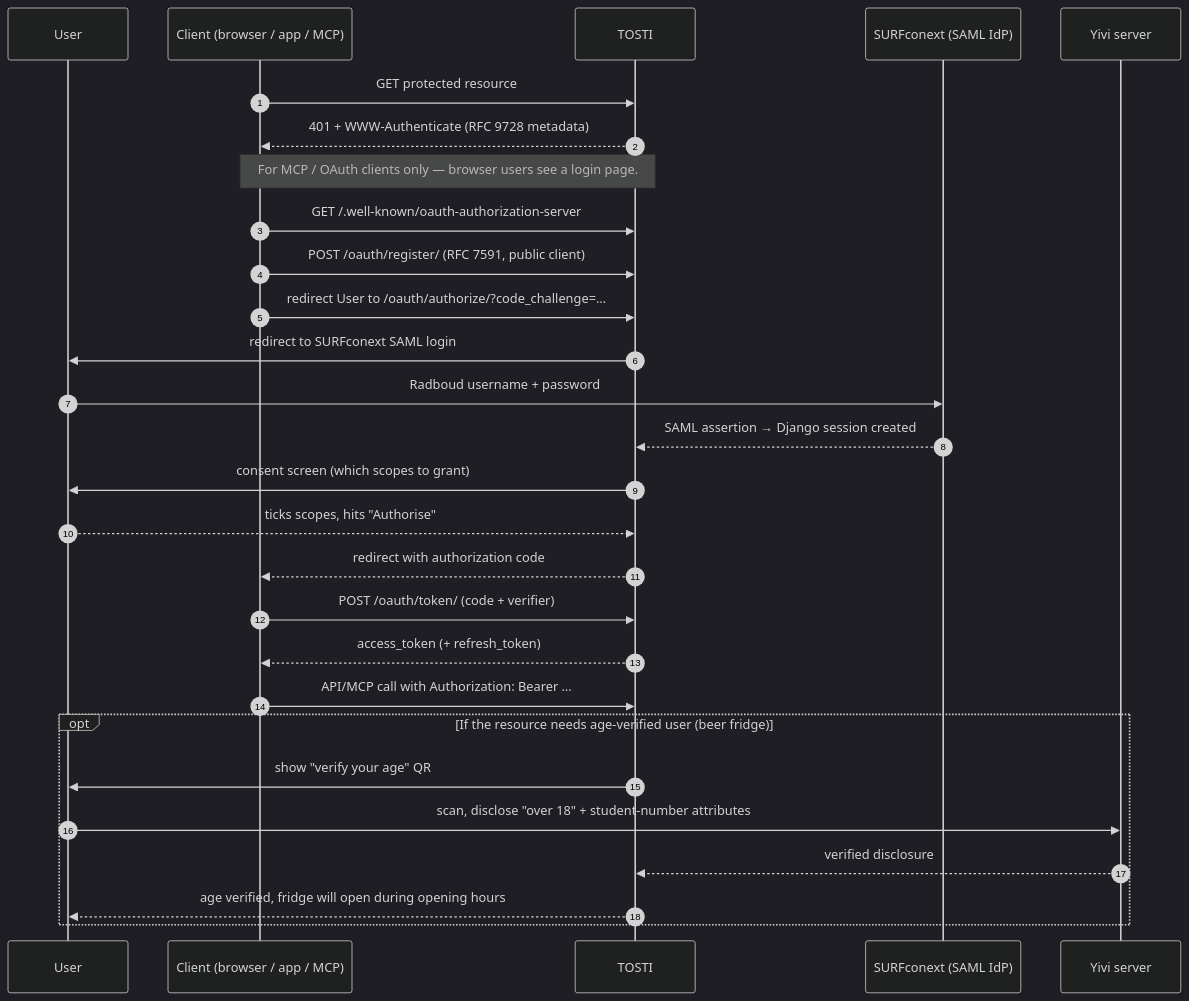
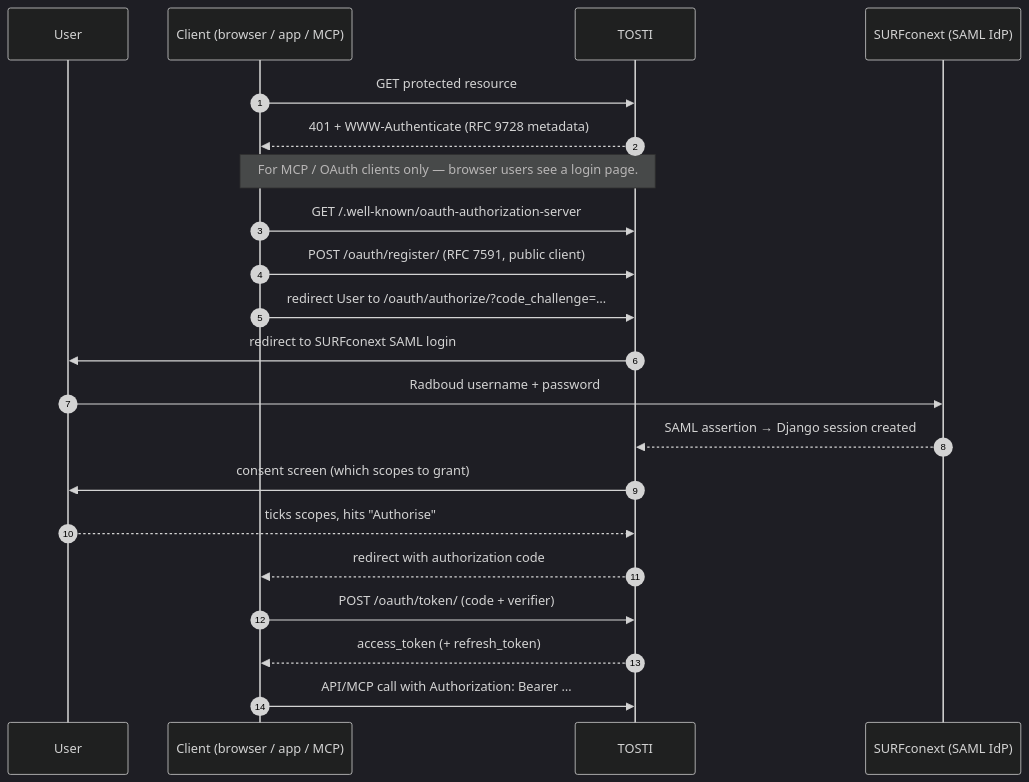
The second of 2 diagrams in README.md (KiOui/TOSTI), drawn with Mermaid (dark theme) before and after one commit. The commit also changed other lines of this file, not shown here.

First line of the commit message:
README: drop the external-services subgraph and the Yivi auth side-quest

````diff
--- a/README.md
+++ b/README.md
@@ -116,37 +114,29 @@
 ```mermaid
 sequenceDiagram
     autonumber
     participant User
     participant Client as Client (browser / app / MCP)
     participant TOSTI
     participant SURF as SURFconext (SAML IdP)
-    participant Yivi as Yivi server
 
     Client->>TOSTI: GET protected resource
     TOSTI-->>Client: 401 + WWW-Authenticate (RFC 9728 metadata)
     Note over Client,TOSTI: For MCP / OAuth clients only — browser users see a login page.
 
     Client->>TOSTI: GET /.well-known/oauth-authorization-server
     Client->>TOSTI: POST /oauth/register/ (RFC 7591, public client)
     Client->>TOSTI: redirect User to /oauth/authorize/?code_challenge=…
 
     TOSTI->>User: redirect to SURFconext SAML login
     User->>SURF: Radboud username + password
     SURF-->>TOSTI: SAML assertion → Django session created
 
     TOSTI->>User: consent screen (which scopes to grant)
     User-->>TOSTI: ticks scopes, hits "Authorise"
 
     TOSTI-->>Client: redirect with authorization code
     Client->>TOSTI: POST /oauth/token/ (code + verifier)
     TOSTI-->>Client: access_token (+ refresh_token)
 
     Client->>TOSTI: API/MCP call with Authorization: Bearer …
-
-    opt If the resource needs age-verified user (beer fridge)
-        TOSTI->>User: show "verify your age" QR
-        User->>Yivi: scan, disclose "over 18" + student-number attributes
-        Yivi-->>TOSTI: verified disclosure
-        TOSTI-->>User: age verified, fridge will open during opening hours
-    end
 ```
````
